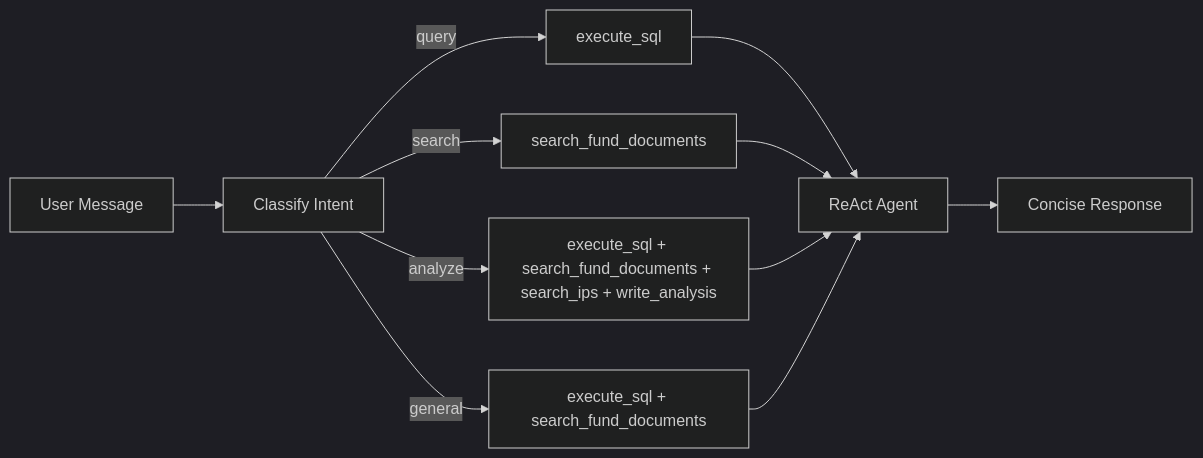
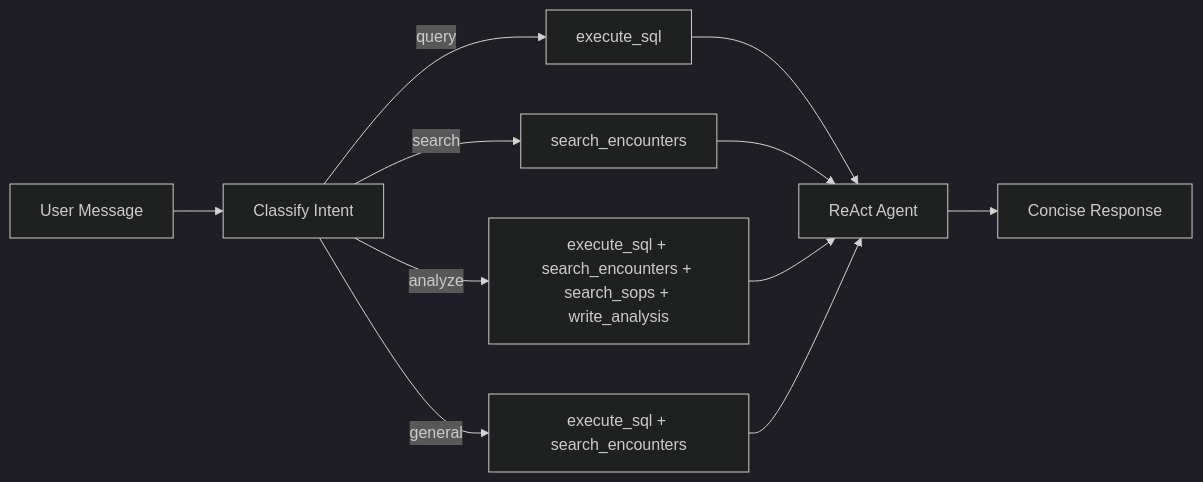
One commit to databricks-solutions/hospital-control-tower-agentic-nba changed the second of 4 diagrams in README.md. Above: the diagram before and after it, drawn with Mermaid (dark theme). The commit also changed other lines of this file and 64 other files, not shown here.

````diff
--- a/README.md
+++ b/README.md
@@ -127,13 +127,13 @@
 ```mermaid
 graph LR
     User[User Message] --> Classify[Classify Intent]
     Classify -->|query| SQL[execute_sql]
-    Classify -->|search| VS[search_fund_documents]
-    Classify -->|analyze| Tools["execute_sql + search_fund_documents + search_ips + write_analysis"]
-    Classify -->|general| Default["execute_sql + search_fund_documents"]
+    Classify -->|search| VS[search_encounters]
+    Classify -->|analyze| Tools["execute_sql + search_encounters + search_sops + write_analysis"]
+    Classify -->|general| Default["execute_sql + search_encounters"]
     SQL --> ReAct[ReAct Agent]
     VS --> ReAct
     Tools --> ReAct
     Default --> ReAct
     ReAct --> Response[Concise Response]
 ```
````
